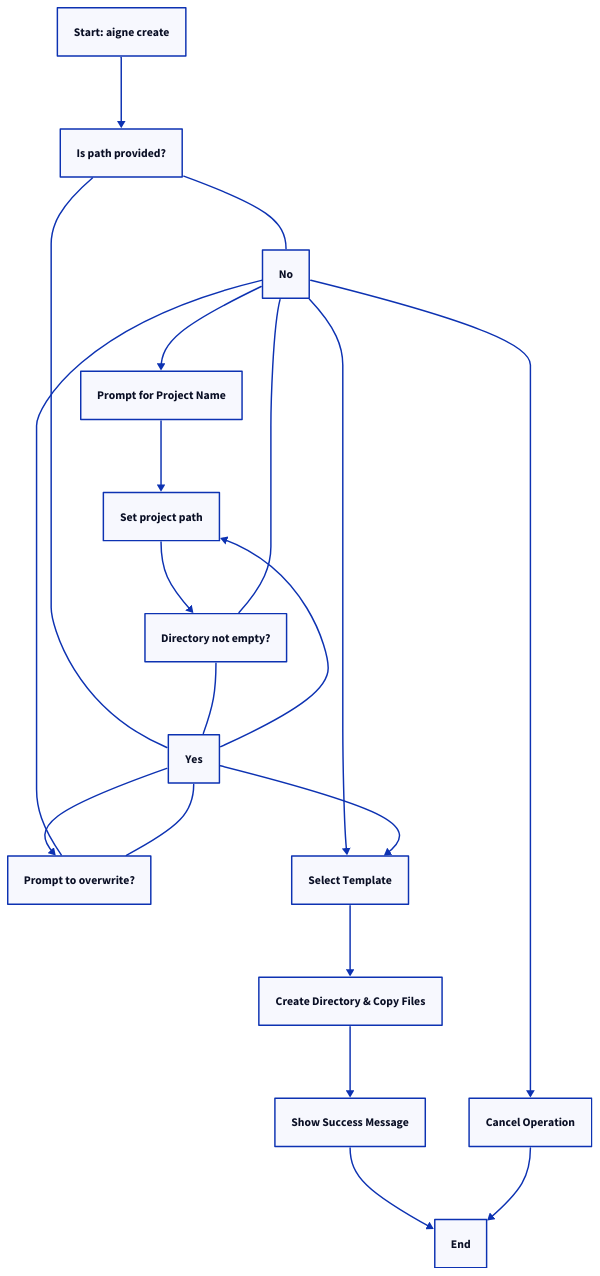
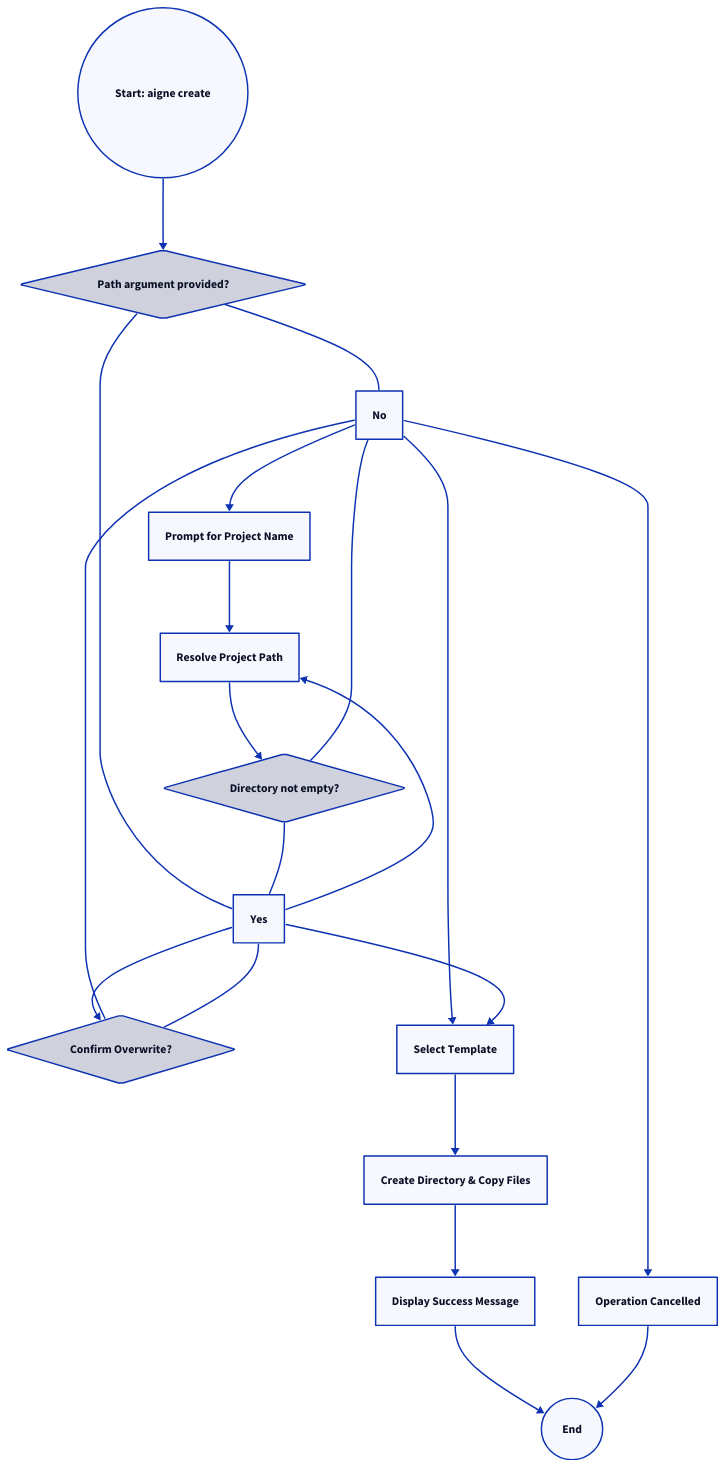
Before and after one commit to AIGNE-io/aigne-framework: the diagram in packages/cli/docs/command-reference-create.md, drawn with D2. The commit also changed other lines of this file and 38 other files, not shown here.

````diff
--- a/packages/cli/docs/command-reference-create.md
+++ b/packages/cli/docs/command-reference-create.md
@@ -56,34 +56,77 @@
 ```d2
 direction: down
 
-"start": "Start: aigne create"
-"path_provided": "Is path provided?"
-"prompt_name": "Prompt for Project Name"
-"set_path": "Set project path"
-"check_empty": "Directory not empty?"
-"prompt_overwrite": "Prompt to overwrite?"
-"cancel": "Cancel Operation"
-"select_template": "Select Template"
-"create_files": "Create Directory & Copy Files"
-"success_msg": "Show Success Message"
-"end": "End"
+start: {
+  label: "Start: aigne create"
+  shape: circle
+}
 
-start -> path_provided
+check_path: {
+  label: "Path argument provided?"
+  shape: diamond
+}
 
-path_provided -- "No" --> prompt_name
-prompt_name -> set_path
-path_provided -- "Yes" --> set_path
+prompt_name: {
+  label: "Prompt for Project Name"
+  shape: rectangle
+}
 
-set_path -> check_empty
+resolve_path: {
+  label: "Resolve Project Path"
+  shape: rectangle
+}
+
+check_empty: {
+  label: "Directory not empty?"
+  shape: diamond
+}
+
+prompt_overwrite: {
+  label: "Confirm Overwrite?"
+  shape: diamond
+}
+
+cancel: {
+  label: "Operation Cancelled"
+  shape: rectangle
+}
+
+select_template: {
+  label: "Select Template"
+  shape: rectangle
+}
+
+create_files: {
+  label: "Create Directory & Copy Files"
+  shape: rectangle
+}
+
+success_msg: {
+  label: "Display Success Message"
+  shape: rectangle
+}
+
+end: {
+  label: "End"
+  shape: circle
+}
+
+start -> check_path
+
+check_path -- "No" --> prompt_name
+prompt_name -> resolve_path
+check_path -- "Yes" --> resolve_path
+
+resolve_path -> check_empty
 check_empty -- "Yes" --> prompt_overwrite
 check_empty -- "No" --> select_template
 
 prompt_overwrite -- "No" --> cancel
 prompt_overwrite -- "Yes" --> select_template
 
 select_template -> create_files
 create_files -> success_msg
 
 success_msg -> end
 cancel -> end
 ```
````
